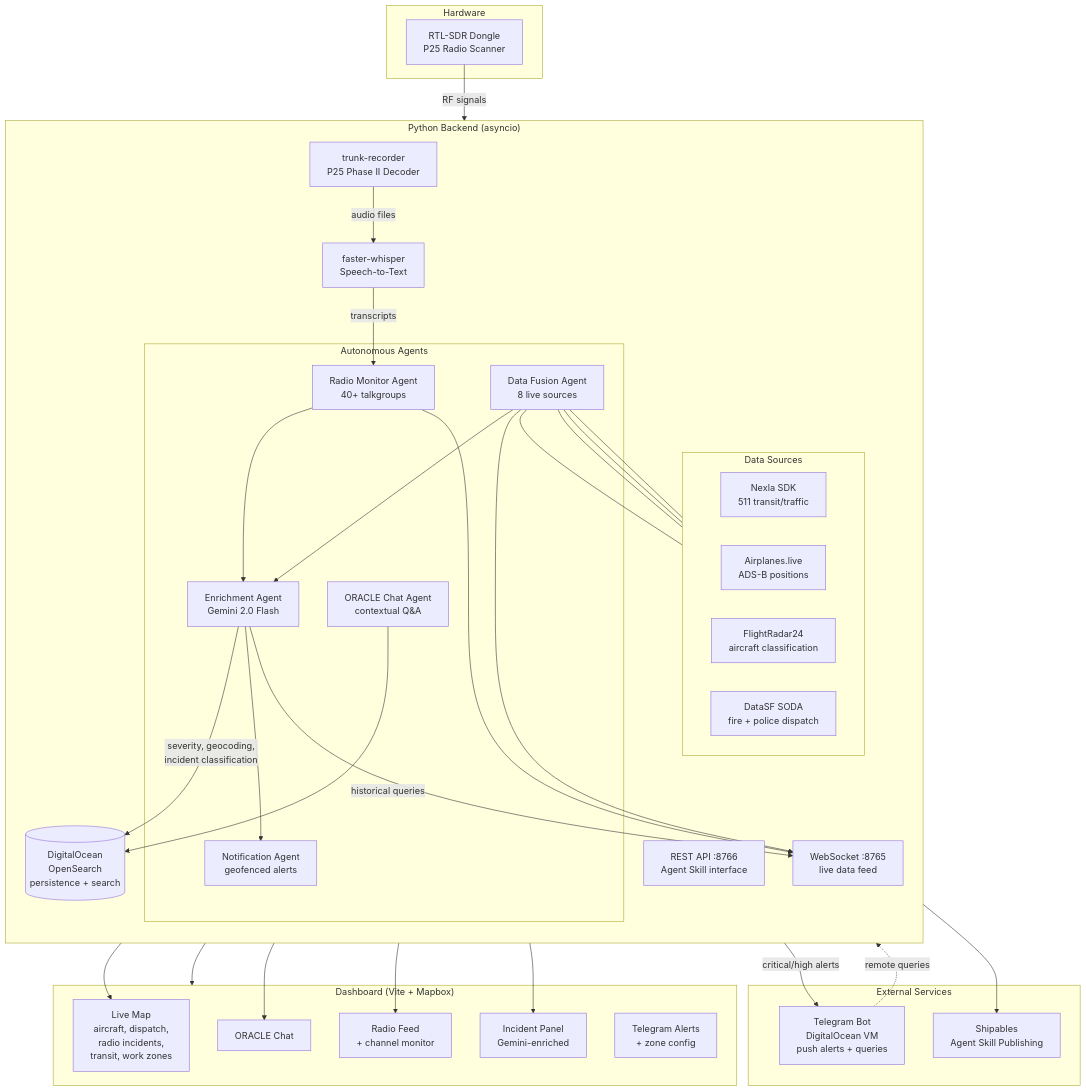
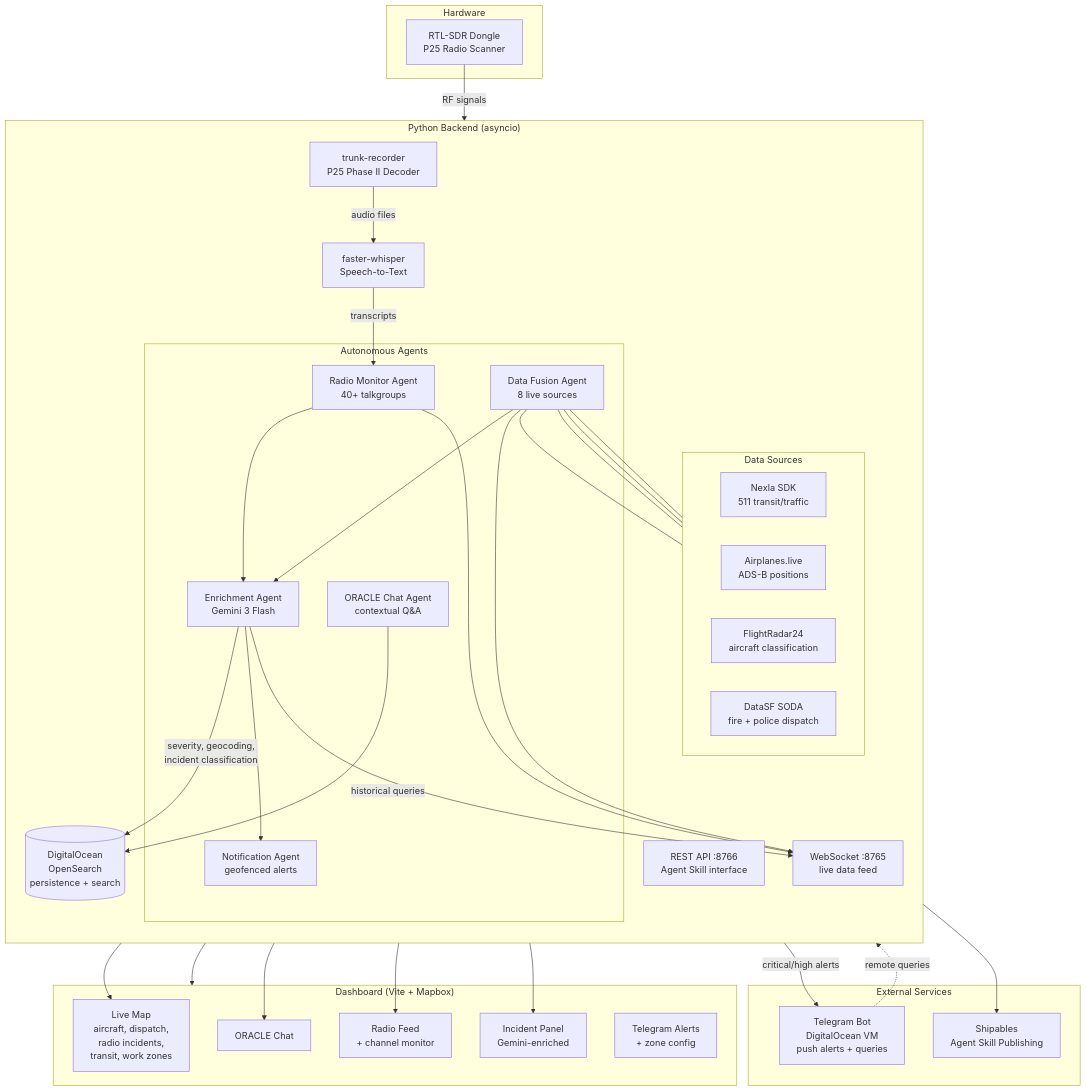
The diagram in README.md (TeoSlayer/monitoring-the-situation), drawn with Mermaid before and after one commit. The commit also changed other lines of this file, not shown here.

Commit message:
Update Gemini model reference to Gemini 3 Flash

````diff
--- a/README.md
+++ b/README.md
@@ -5,66 +5,66 @@
 ```mermaid
 flowchart TB
     subgraph HW ["Hardware"]
         SDR["RTL-SDR Dongle<br/>P25 Radio Scanner"]
     end
 
     subgraph Backend ["Python Backend (asyncio)"]
         direction TB
         TR["trunk-recorder<br/>P25 Phase II Decoder"]
         FW["faster-whisper<br/>Speech-to-Text"]
 
         subgraph Agents ["Autonomous Agents"]
             RA["Radio Monitor Agent<br/>40+ talkgroups"]
-            EA["Enrichment Agent<br/>Gemini 2.0 Flash"]
+            EA["Enrichment Agent<br/>Gemini 3 Flash"]
             DFA["Data Fusion Agent<br/>8 live sources"]
             OA["ORACLE Chat Agent<br/>contextual Q&A"]
             NA["Notification Agent<br/>geofenced alerts"]
         end
 
         subgraph Data ["Data Sources"]
             direction LR
             NX["Nexla SDK<br/>511 transit/traffic"]
             AL["Airplanes.live<br/>ADS-B positions"]
             FR["FlightRadar24<br/>aircraft classification"]
             DS["DataSF SODA<br/>fire + police dispatch"]
         end
 
         OS[("DigitalOcean<br/>OpenSearch<br/>persistence + search")]
         API["REST API :8766<br/>Agent Skill interface"]
         WS["WebSocket :8765<br/>live data feed"]
     end
 
     subgraph External ["External Services"]
         TG["Telegram Bot<br/>DigitalOcean VM<br/>push alerts + queries"]
         SH["Shipables<br/>Agent Skill Publishing"]
     end
 
     subgraph Frontend ["Dashboard (Vite + Mapbox)"]
         MAP["Live Map<br/>aircraft, dispatch,<br/>radio incidents,<br/>transit, work zones"]
         CHAT["ORACLE Chat"]
         RADIO["Radio Feed<br/>+ channel monitor"]
         INC["Incident Panel<br/>Gemini-enriched"]
         TPANEL["Telegram Alerts<br/>+ zone config"]
     end
 
     SDR -->|"RF signals"| TR
     TR -->|"audio files"| FW
     FW -->|"transcripts"| RA
 
     RA --> EA
     EA -->|"severity, geocoding,<br/>incident classification"| OS
     EA --> NA
     NA -->|"critical/high alerts"| TG
 
     DFA --- NX & AL & FR & DS
     DFA --> EA
 
     OA -->|"historical queries"| OS
     API --> SH
 
     RA & EA & DFA --> WS
     WS --> MAP & RADIO & INC
     OA --> CHAT
     API --> Frontend
     TG -.->|"remote queries"| OA
 ```
````
